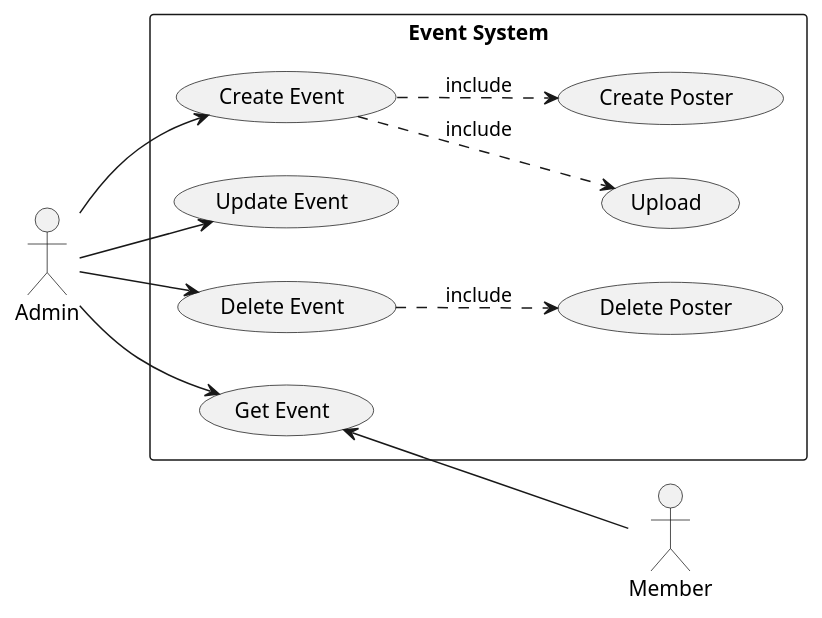
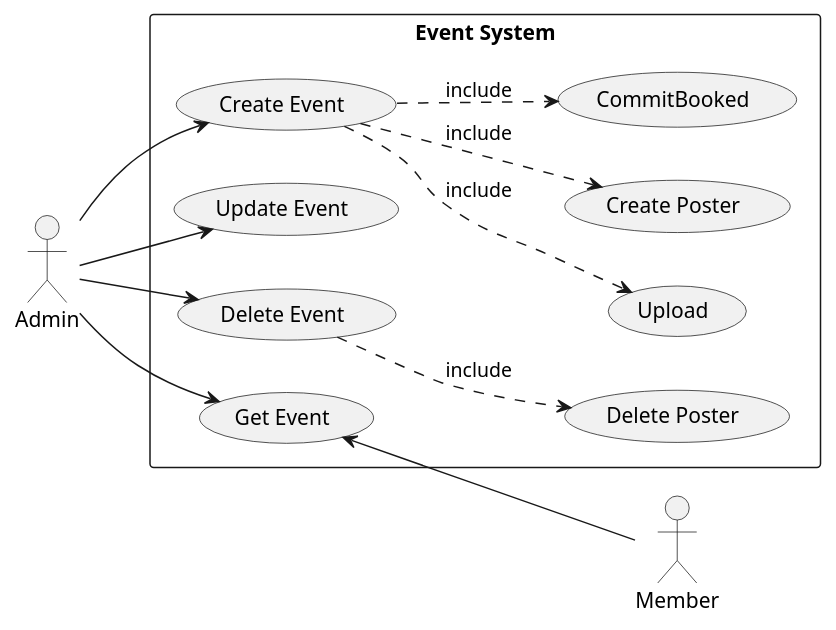
Before and after one commit to fwidjaya20/fazzlearning-uml: the diagram in UseCase/Release01/EventSubSystem.wsd, drawn with PlantUML. The commit also changed 5 other files, not shown here.

```diff
--- a/UseCase/Release01/EventSubSystem.wsd
+++ b/UseCase/Release01/EventSubSystem.wsd
@@ -1,26 +1,27 @@
 @startuml EventSubSystem
 
 left to right direction
 
 skinparam Monochrome true
 skinparam Shadowing false
 skinparam packageStyle rectangle
 
 actor Admin
 actor Member
 
 rectangle "Event System" {
     Admin --> (Create Event)
     Admin --> (Update Event)
     Admin --> (Delete Event)
     Admin --> (Get Event)
 
     (Get Event) <-- Member
 
     (Create Event) ..> (Upload) : include
     (Create Event) ..> (Create Poster) : include
+    (Create Event) ..> (CommitBooked) : include
     
     (Delete Event) ..> (Delete Poster) : include
 }
 
 @enduml
```
